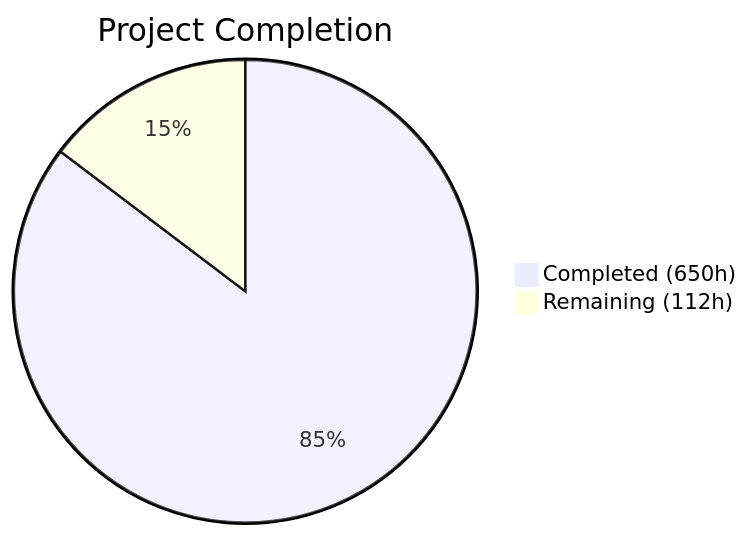
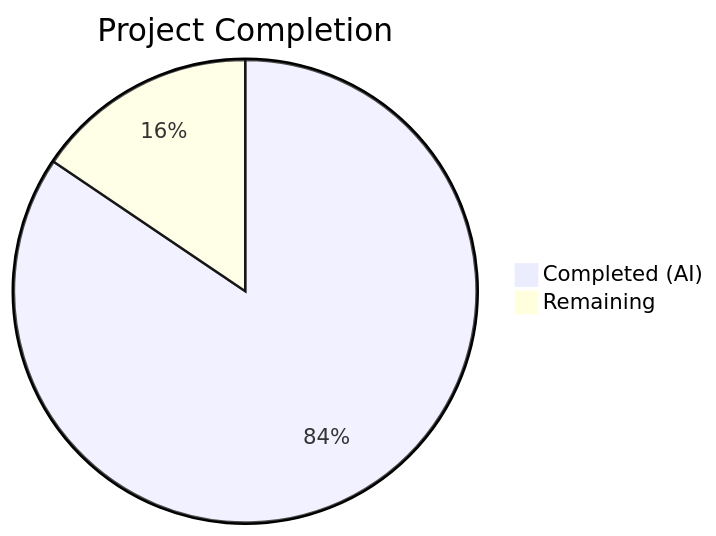
One commit to Blitzy-Sandbox/blitzy-bluez changed the first of 2 diagrams in blitzy/documentation/Project Guide.md. Above: the diagram before and after it, drawn with Mermaid. The commit also changed other lines of this file, not shown here.

Commit message:
Adding Blitzy Project Guide: Project Status and Human Tasks Remaining

````diff
--- a/blitzy/documentation/Project Guide.md
+++ b/blitzy/documentation/Project Guide.md
@@ -13,5 +13,5 @@
 ```mermaid
 pie title Project Completion
-    "Completed (650h)" : 650
-    "Remaining (112h)" : 112
+    "Completed (AI)" : 625
+    "Remaining" : 115
 ```
````
